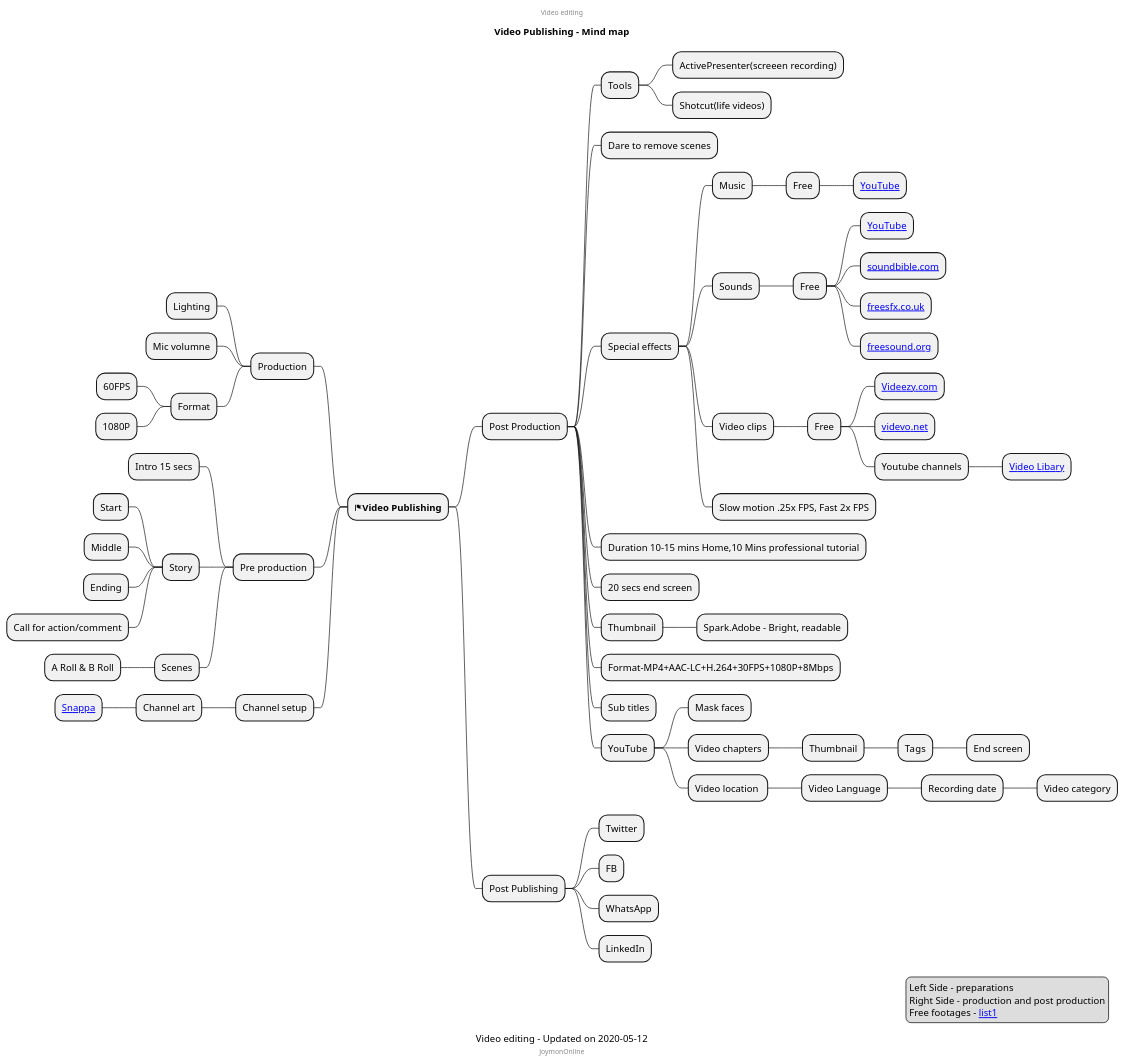
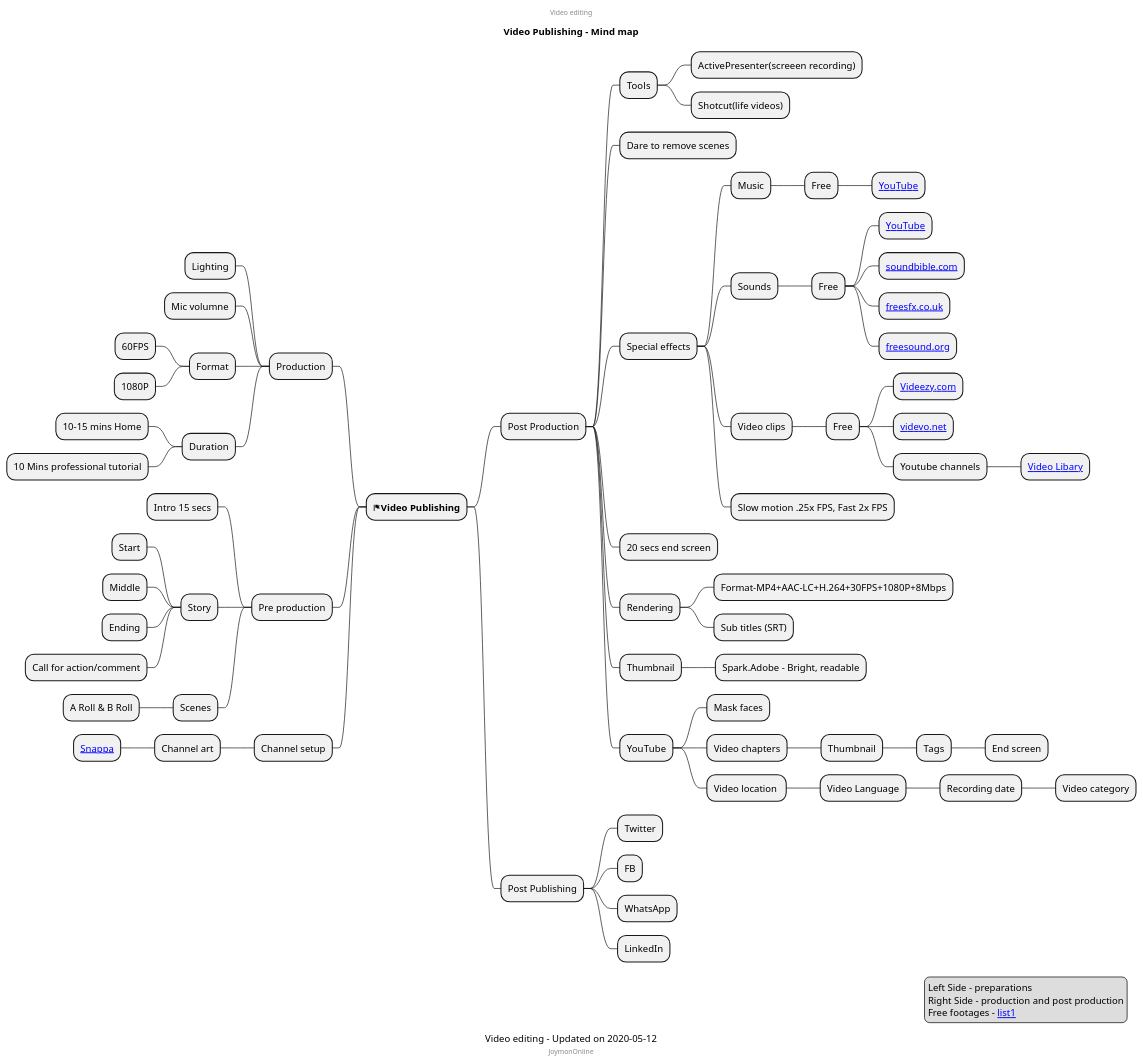
One commit to mind-maps/technology changed the diagram in media/video/publishing.puml. Above: the diagram before and after it, drawn with PlantUML.

```diff
--- a/media/video/publishing.puml
+++ b/media/video/publishing.puml
@@ -1,81 +1,85 @@
 @startmindmap
 caption Video editing - Updated on 2020-05-12
 title Video Publishing - Mind map
 center header
 Video editing
 endheader
 
 * <&flag><b>Video Publishing</b>
 
 ** Post Production
 *** Tools
 **** ActivePresenter(screeen recording)
 **** Shotcut(life videos)
 *** Dare to remove scenes
 *** Special effects
 **** Music
 ***** Free
 ****** [[https://www.youtube.com/audiolibrary/music?nv=1 YouTube]]
 **** Sounds
 ***** Free
 ****** [[https://www.youtube.com/audiolibrary/soundeffects?nv=1 YouTube]]
 ****** [[https://soundbible.com/ soundbible.com]]
 ****** [[https://freesfx.co.uk/ freesfx.co.uk]]
 ****** [[https://freesound.org/ freesound.org]]
 **** Video clips
 ***** Free
 ****** [[https://www.videezy.com/ Videezy.com]]
 ****** [[https://www.videvo.net/ videvo.net]]
 ****** Youtube channels
 ******* [[https://www.youtube.com/channel/UC8ScFr0TdBPz9bLElei6-VA/videos Video Libary]]
 **** Slow motion .25x FPS, Fast 2x FPS
-*** Duration 10-15 mins Home,10 Mins professional tutorial
+
 *** 20 secs end screen
+*** Rendering
+**** Format-MP4+AAC-LC+H.264+30FPS+1080P+8Mbps
+**** Sub titles (SRT)
 *** Thumbnail
 **** Spark.Adobe - Bright, readable
-*** Format-MP4+AAC-LC+H.264+30FPS+1080P+8Mbps
-*** Sub titles
 *** YouTube
 **** Mask faces
 **** Video chapters
 ***** Thumbnail
 ****** Tags
 ******* End screen
 **** Video location 
 ***** Video Language
 ****** Recording date
 ******* Video category
 
 ** Post Publishing
 *** Twitter
 *** FB
 *** WhatsApp
 *** LinkedIn
 
 left side
 ** Production
 *** Lighting
 *** Mic volumne
 *** Format
 **** 60FPS
 **** 1080P
+*** Duration
+**** 10-15 mins Home
+**** 10 Mins professional tutorial
 ** Pre production
 *** Intro 15 secs
 *** Story
 **** Start
 **** Middle
 **** Ending
 ****  Call for action/comment
 *** Scenes
 **** A Roll & B Roll
 ** Channel setup
 *** Channel art
 **** [[https://snappa.com/ Snappa]]
 center footer JoymonOnline
 
 legend right
   Left Side - preparations
   Right Side - production and post production
   Free footages - [[https://www.oberlo.com/blog/free-stock-video-websites list1]]
 endlegend
 @endmindmap
```
